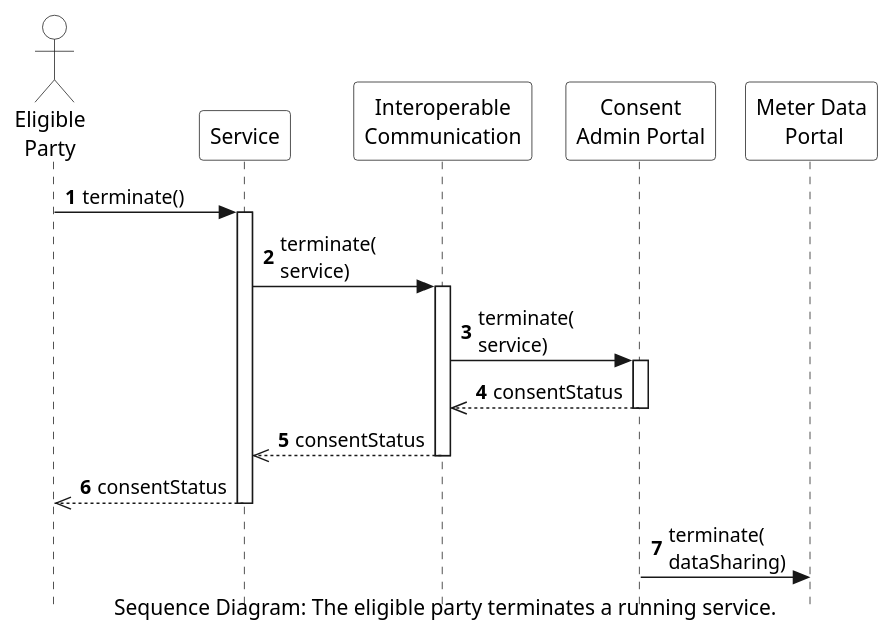
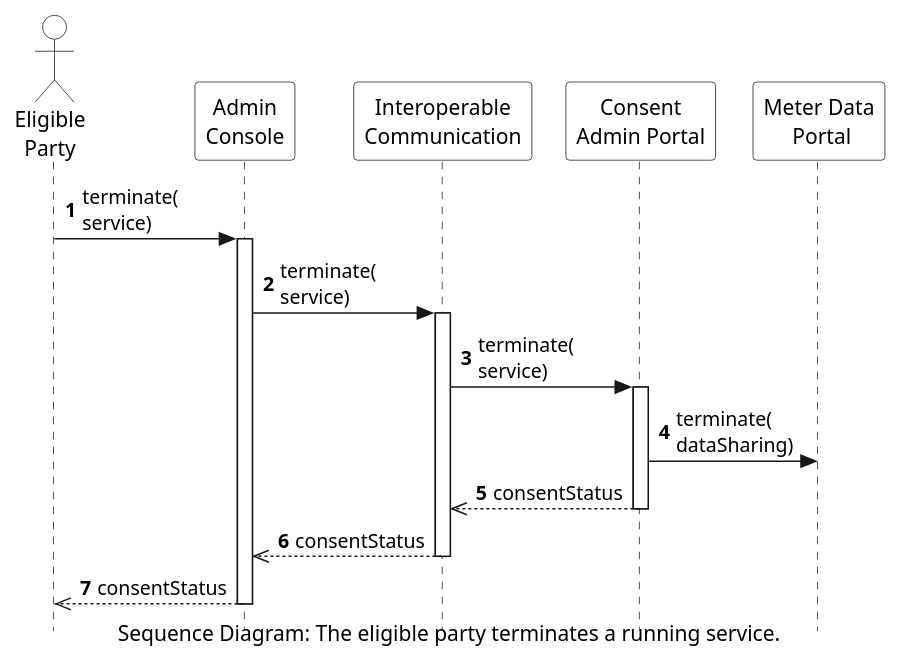
Before and after one commit to eddie-energy/architecture: the diagram in arc42/06-runtime-view/service-termination/figures/service-termination.puml, drawn with PlantUML. The commit also changed 3 other files, not shown here.

```diff
--- a/arc42/06-runtime-view/service-termination/figures/service-termination.puml
+++ b/arc42/06-runtime-view/service-termination/figures/service-termination.puml
@@ -1,34 +1,33 @@
 @startuml service-termination
 'sequence diagram
 caption Sequence Diagram: The eligible party terminates a running service.
 
 skinparam style strictuml
 skinparam sequence {
   ParticipantBackgroundColor transparent
   ActorBackgroundColor transparent
 }
 
 autonumber
 
 actor "Eligible\nParty" as user
-participant "Service" as service
+participant "Admin\nConsole" as adminConsole
 participant "Interoperable\nCommunication" as comm
 participant "Consent\nAdmin Portal" as adminPortal
 participant "Meter Data\n Portal" as meterPortal
 
-user -> service : terminate()
-activate service
-  service -> comm : terminate(\nservice)
+user -> adminConsole : terminate(\nservice)
+activate adminConsole
+  adminConsole -> comm : terminate(\nservice)
     activate comm
       comm -> adminPortal : terminate(\nservice)
       activate adminPortal
+        adminPortal -> meterPortal : terminate(\ndataSharing)
         adminPortal -->> comm : consentStatus
       deactivate adminPortal
-      comm -->> service : consentStatus
+      comm -->> adminConsole : consentStatus
     deactivate comm
-  service -->> user : consentStatus
-deactivate service
-
-adminPortal -> meterPortal : terminate(\ndataSharing)
+  adminConsole -->> user : consentStatus
+deactivate adminConsole
 
 @enduml
```
